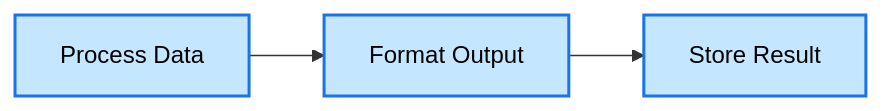
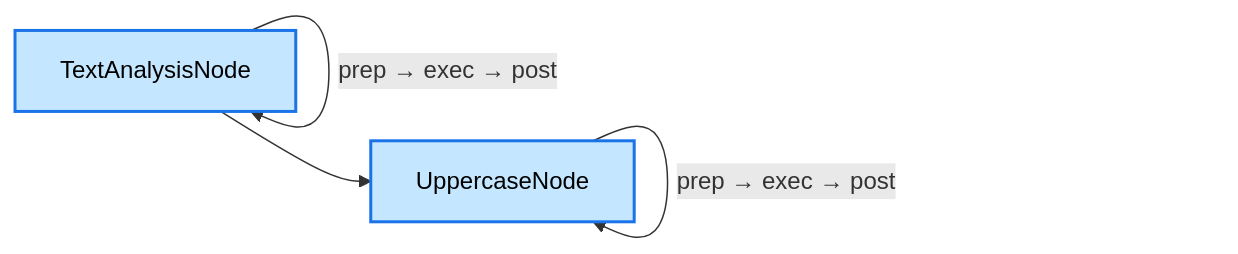
Before and after one commit to aitoroses/floxide: the first of 9 diagrams in README.md, drawn with Mermaid. The commit also changed other lines of this file and 11 other files, not shown here.

````diff
--- a/README.md
+++ b/README.md
@@ -174,7 +153,8 @@
 ```mermaid
 graph LR
-    A["Process Data"] --> B["Format Output"] --> C["Store Result"]
+    A["TextAnalysisNode"] --> B["UppercaseNode"]
+    A -->|"prep → exec → post"| A
+    B -->|"prep → exec → post"| B
     style A fill:#c4e6ff,stroke:#1a73e8,stroke-width:2px,color:black
     style B fill:#c4e6ff,stroke:#1a73e8,stroke-width:2px,color:black
-    style C fill:#c4e6ff,stroke:#1a73e8,stroke-width:2px,color:black
 ```
````
